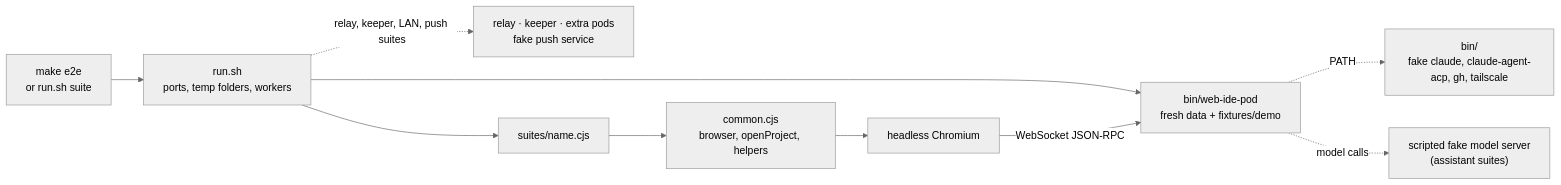
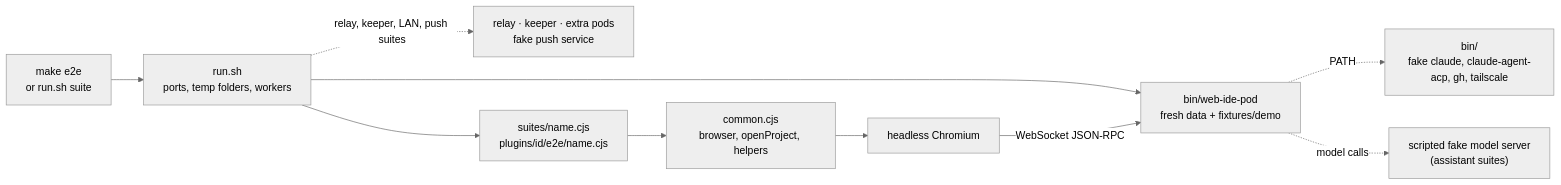
The diagram in e2e/README.md (DrSmithFr/web-ide), drawn with Mermaid (neutral theme) before and after one commit. The commit also changed other lines of this file and 331 other files, not shown here.

````diff
--- a/e2e/README.md
+++ b/e2e/README.md
@@ -5,12 +5,12 @@
 ```mermaid
 flowchart LR
   make["make e2e<br/>or run.sh suite"] --> run["run.sh<br/>ports, temp folders, workers"]
   run --> pod["bin/web-ide-pod<br/>fresh data + fixtures/demo"]
   run -. "relay, keeper, LAN, push suites" .-> extra["relay · keeper · extra pods<br/>fake push service"]
-  run --> suite["suites/name.cjs"]
+  run --> suite["suites/name.cjs<br/>plugins/id/e2e/name.cjs"]
   suite --> common["common.cjs<br/>browser, openProject, helpers"]
   common --> chromium["headless Chromium"]
   chromium -- "WebSocket JSON-RPC" --> pod
   pod -. "PATH" .-> bin["bin/<br/>fake claude, claude-agent-acp, gh, tailscale"]
   pod -. "model calls" .-> fake["scripted fake model server<br/>(assistant suites)"]
 ```
````
